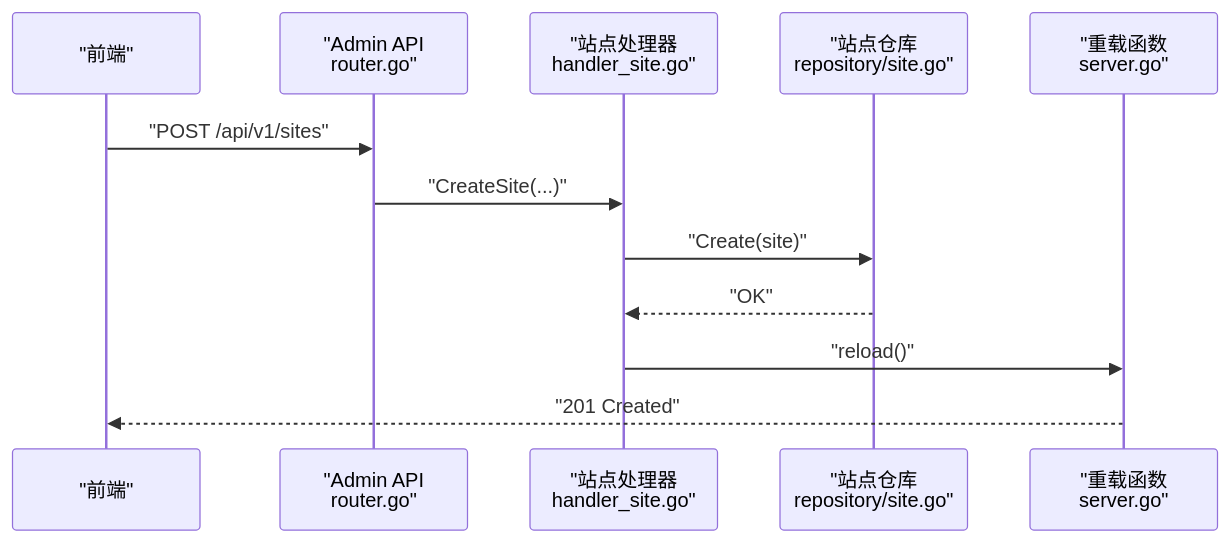
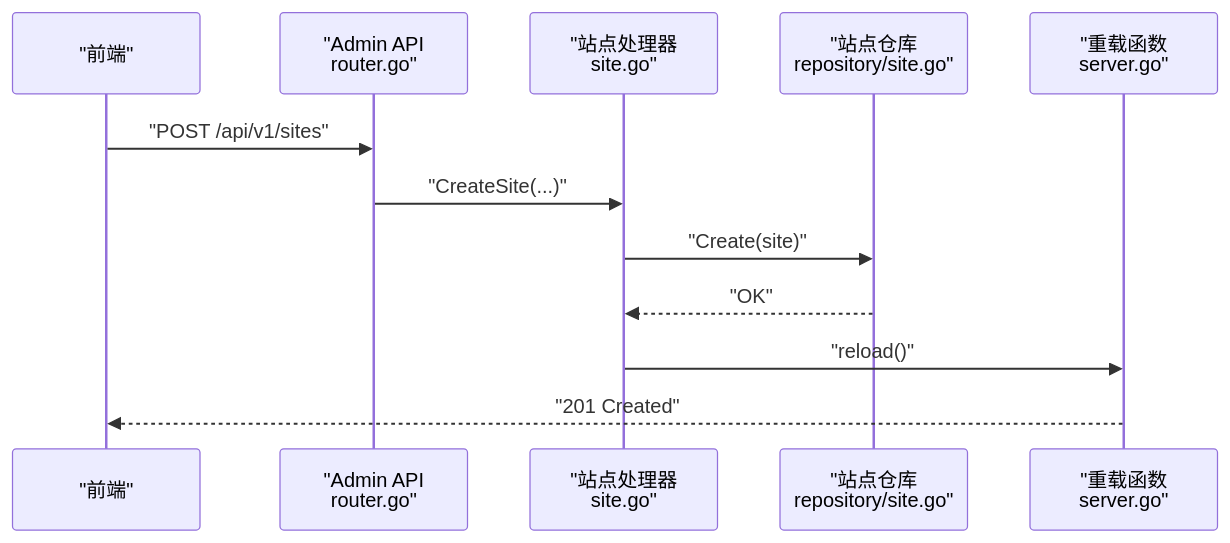
Before and after one commit to x01n/My-OpenWaf: the third of 8 diagrams in docs/管理 API 系统/站点管理 API.md, drawn with Mermaid. The commit also changed other lines of this file and 199 other files, not shown here.

````diff
--- a/docs/管理 API 系统/站点管理 API.md
+++ b/docs/管理 API 系统/站点管理 API.md
@@ -146,14 +162,14 @@
 ```mermaid
 sequenceDiagram
 participant FE as "前端"
 participant Admin as "Admin API<br/>router.go"
-participant Handler as "站点处理器<br/>handler_site.go"
+participant Handler as "站点处理器<br/>site.go"
 participant Repo as "站点仓库<br/>repository/site.go"
 participant Reload as "重载函数<br/>server.go"
 FE->>Admin : "POST /api/v1/sites"
 Admin->>Handler : "CreateSite(...)"
 Handler->>Repo : "Create(site)"
 Repo-->>Handler : "OK"
 Handler->>Reload : "reload()"
 Reload-->>FE : "201 Created"
 ```
````
